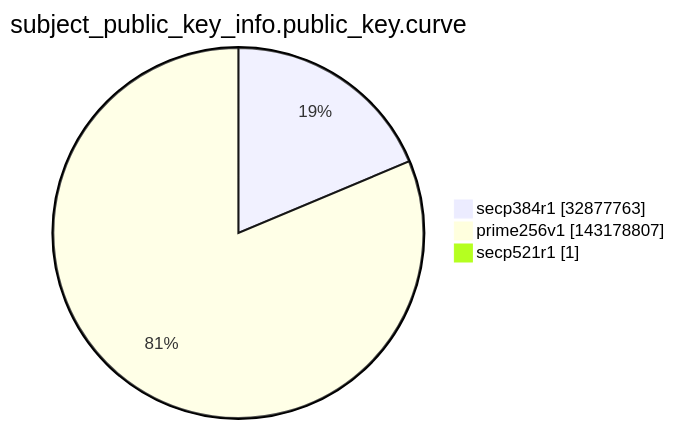
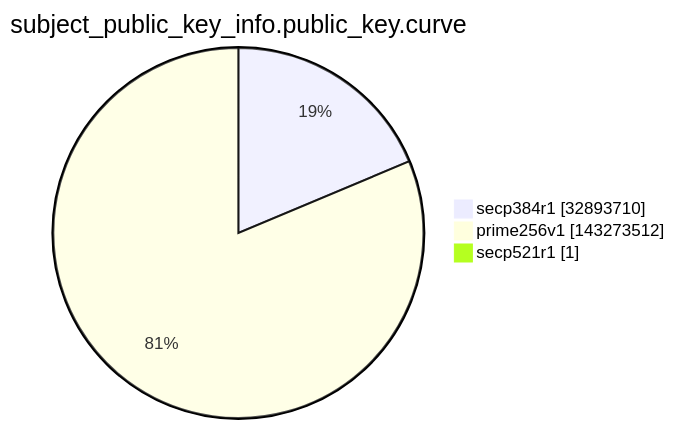
The ninth of 15 diagrams in argon2022/README.md (christiankrug/ctmonitor_visualization), drawn with Mermaid before and after one commit. The commit also changed other lines of this file, not shown here.

````diff
--- a/argon2022/README.md
+++ b/argon2022/README.md
@@ -2764,7 +2764,7 @@
 ```mermaid
 pie showData
 title subject_public_key_info.public_key.curve
-"secp384r1" :32877763
-"prime256v1" :143178807
+"secp384r1" :32893710
+"prime256v1" :143273512
 "secp521r1" :1
 ```
````
